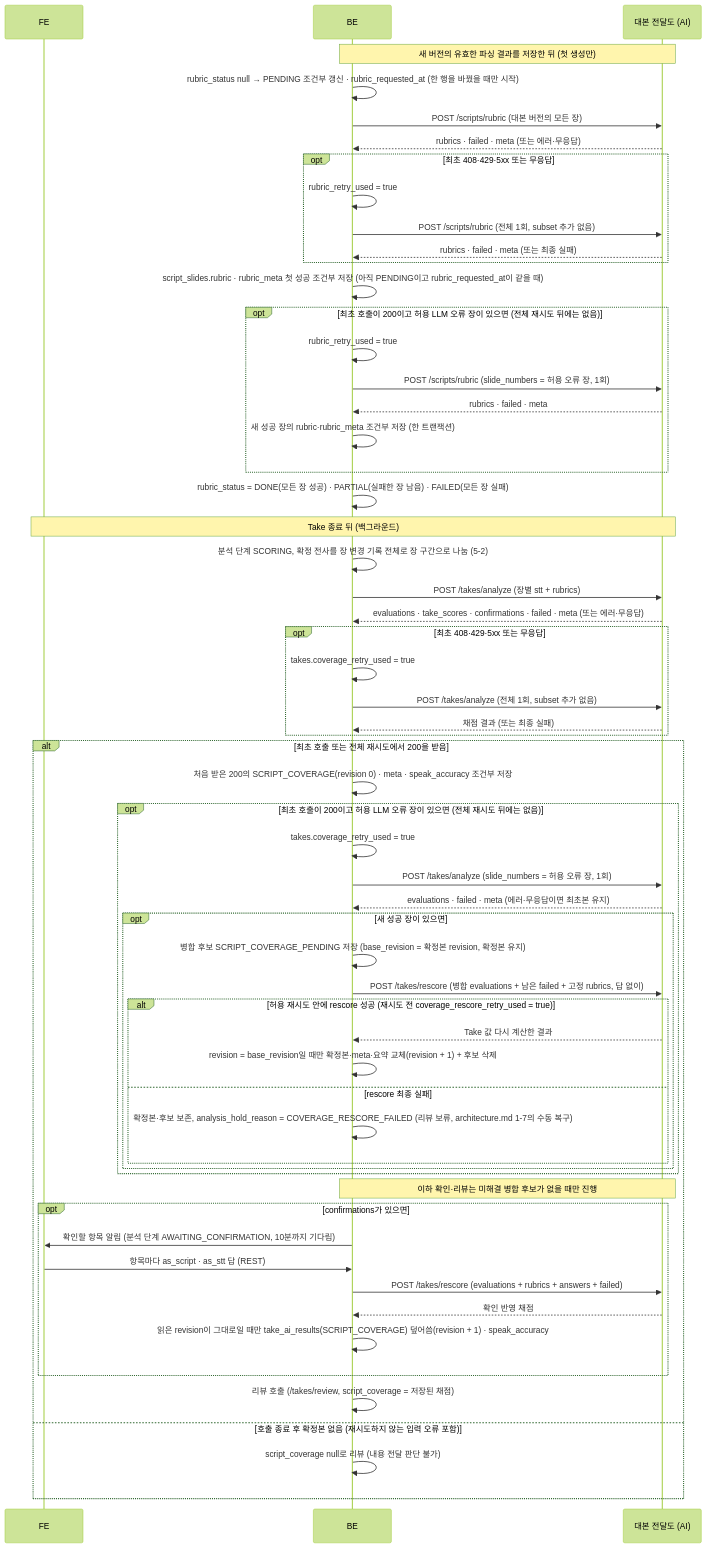
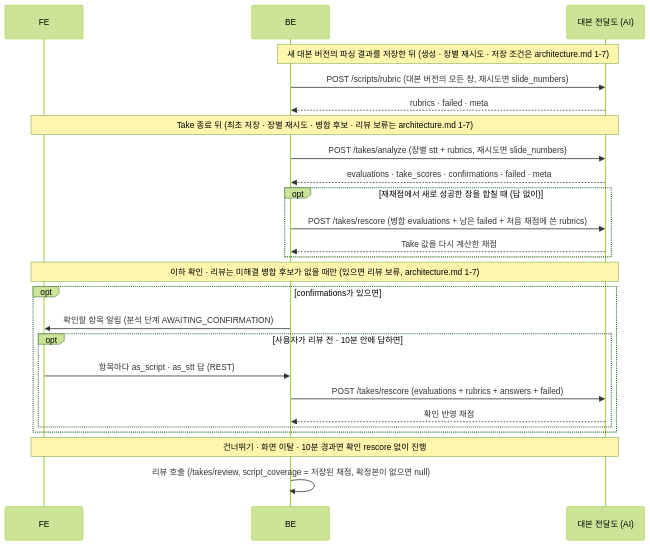
One commit to kakaotechcampus-4/ktc4-pusan-2 changed the second of 2 diagrams in docs/ai/features/script-coverage-evaluation.md. Above: the diagram before and after it, drawn with Mermaid (forest theme). The commit also changed other lines of this file, not shown here.

Commit message:
docs(ai): script-coverage-evaluation의 BE 흐름 되풀이와 측정 이력을 정리하고 저장 요구 형식으로 바꾼다

````diff
--- a/docs/ai/features/script-coverage-evaluation.md
+++ b/docs/ai/features/script-coverage-evaluation.md
@@ -647,61 +627,27 @@
 ```mermaid
 sequenceDiagram
     participant FE
     participant BE
     participant A as 대본 전달도 (AI)
-    Note over BE,A: 새 버전의 유효한 파싱 결과를 저장한 뒤 (첫 생성만)
-    BE->>BE: rubric_status null → PENDING 조건부 갱신 · rubric_requested_at (한 행을 바꿨을 때만 시작)
-    BE->>A: POST /scripts/rubric (대본 버전의 모든 장)
-    A-->>BE: rubrics · failed · meta (또는 에러·무응답)
-    opt 최초 408·429·5xx 또는 무응답
-        BE->>BE: rubric_retry_used = true
-        BE->>A: POST /scripts/rubric (전체 1회, subset 추가 없음)
-        A-->>BE: rubrics · failed · meta (또는 최종 실패)
+    Note over BE,A: 새 대본 버전의 파싱 결과를 저장한 뒤 (생성 · 장별 재시도 · 저장 조건은 architecture.md 1-7)
+    BE->>A: POST /scripts/rubric (대본 버전의 모든 장, 재시도면 slide_numbers)
+    A-->>BE: rubrics · failed · meta
+    Note over FE,A: Take 종료 뒤 (최초 저장 · 장별 재시도 · 병합 후보 · 리뷰 보류는 architecture.md 1-7)
+    BE->>A: POST /takes/analyze (장별 stt + rubrics, 재시도면 slide_numbers)
+    A-->>BE: evaluations · take_scores · confirmations · failed · meta
+    opt 재채점에서 새로 성공한 장을 합칠 때 (답 없이)
+        BE->>A: POST /takes/rescore (병합 evaluations + 남은 failed + 처음 채점에 쓴 rubrics)
+        A-->>BE: Take 값을 다시 계산한 채점
     end
-    BE->>BE: script_slides.rubric · rubric_meta 첫 성공 조건부 저장 (아직 PENDING이고 rubric_requested_at이 같을 때)
-    opt 최초 호출이 200이고 허용 LLM 오류 장이 있으면 (전체 재시도 뒤에는 없음)
-        BE->>BE: rubric_retry_used = true
-        BE->>A: POST /scripts/rubric (slide_numbers = 허용 오류 장, 1회)
-        A-->>BE: rubrics · failed · meta
-        BE->>BE: 새 성공 장의 rubric·rubric_meta 조건부 저장 (한 트랜잭션)
-    end
-    BE->>BE: rubric_status = DONE(모든 장 성공) · PARTIAL(실패한 장 남음) · FAILED(모든 장 실패)
-    Note over FE,A: Take 종료 뒤 (백그라운드)
-    BE->>BE: 분석 단계 SCORING, 확정 전사를 장 변경 기록 전체로 장 구간으로 나눔 (5-2)
-    BE->>A: POST /takes/analyze (장별 stt + rubrics)
-    A-->>BE: evaluations · take_scores · confirmations · failed · meta (또는 에러·무응답)
-    opt 최초 408·429·5xx 또는 무응답
-        BE->>BE: takes.coverage_retry_used = true
-        BE->>A: POST /takes/analyze (전체 1회, subset 추가 없음)
-        A-->>BE: 채점 결과 (또는 최종 실패)
-    end
-    alt 최초 호출 또는 전체 재시도에서 200을 받음
-    BE->>BE: 처음 받은 200의 SCRIPT_COVERAGE(revision 0) · meta · speak_accuracy 조건부 저장
-    opt 최초 호출이 200이고 허용 LLM 오류 장이 있으면 (전체 재시도 뒤에는 없음)
-        BE->>BE: takes.coverage_retry_used = true
-        BE->>A: POST /takes/analyze (slide_numbers = 허용 오류 장, 1회)
-        A-->>BE: evaluations · failed · meta (에러·무응답이면 최초본 유지)
-        opt 새 성공 장이 있으면
-            BE->>BE: 병합 후보 SCRIPT_COVERAGE_PENDING 저장 (base_revision = 확정본 revision, 확정본 유지)
-            BE->>A: POST /takes/rescore (병합 evaluations + 남은 failed + 고정 rubrics, 답 없이)
-            alt 허용 재시도 안에 rescore 성공 (재시도 전 coverage_rescore_retry_used = true)
-                A-->>BE: Take 값 다시 계산한 결과
-                BE->>BE: revision = base_revision일 때만 확정본·meta·요약 교체(revision + 1) + 후보 삭제
-            else rescore 최종 실패
-                BE->>BE: 확정본·후보 보존, analysis_hold_reason = COVERAGE_RESCORE_FAILED (리뷰 보류, architecture.md 1-7의 수동 복구)
-            end
+    Note over FE,A: 이하 확인 · 리뷰는 미해결 병합 후보가 없을 때만 (있으면 리뷰 보류, architecture.md 1-7)
+    opt confirmations가 있으면
+        BE->>FE: 확인할 항목 알림 (분석 단계 AWAITING_CONFIRMATION)
+        opt 사용자가 리뷰 전 · 10분 안에 답하면
+            FE->>BE: 항목마다 as_script · as_stt 답 (REST)
+            BE->>A: POST /takes/rescore (evaluations + rubrics + answers + failed)
+            A-->>BE: 확인 반영 채점
         end
     end
-    Note over BE,A: 이하 확인·리뷰는 미해결 병합 후보가 없을 때만 진행
-    opt confirmations가 있으면
-        BE->>FE: 확인할 항목 알림 (분석 단계 AWAITING_CONFIRMATION, 10분까지 기다림)
-        FE->>BE: 항목마다 as_script · as_stt 답 (REST)
-        BE->>A: POST /takes/rescore (evaluations + rubrics + answers + failed)
-        A-->>BE: 확인 반영 채점
-        BE->>BE: 읽은 revision이 그대로일 때만 take_ai_results(SCRIPT_COVERAGE) 덮어씀(revision + 1) · speak_accuracy
-    end
-    BE->>BE: 리뷰 호출 (/takes/review, script_coverage = 저장된 채점)
-    else 호출 종료 후 확정본 없음 (재시도하지 않는 입력 오류 포함)
-        BE->>BE: script_coverage null로 리뷰 (내용 전달 판단 불가)
-    end
+    Note over FE,A: 건너뛰기 · 화면 이탈 · 10분 경과면 확인 rescore 없이 진행
+    BE->>BE: 리뷰 호출 (/takes/review, script_coverage = 저장된 채점, 확정본이 없으면 null)
 ```
````
